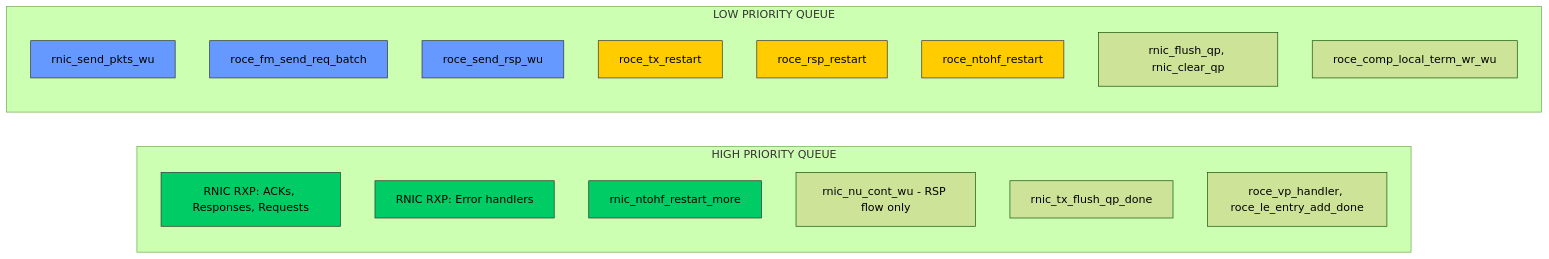
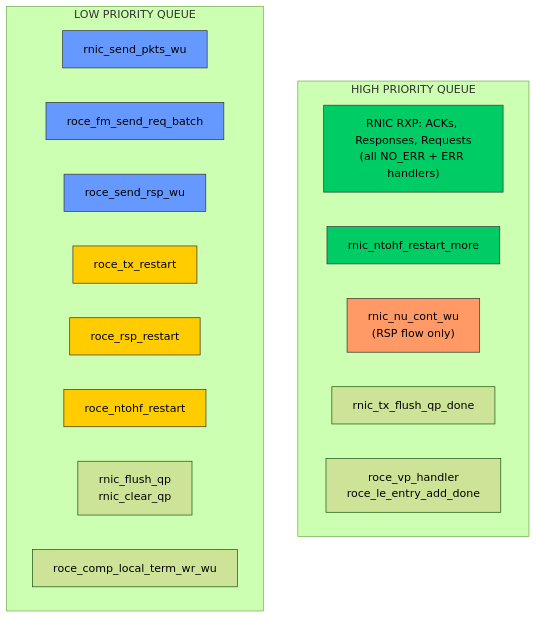
The third of 4 diagrams in investigations/3383627_rdma_vp_priority_pfc.md (sureshnedunchezhian/vault), drawn with Mermaid (forest theme) before and after one commit.

Commit message:
Fix mermaid diagrams to top-to-bottom layout

````diff
--- a/investigations/3383627_rdma_vp_priority_pfc.md
+++ b/investigations/3383627_rdma_vp_priority_pfc.md
@@ -93,34 +93,31 @@
 ```mermaid
-graph LR
-    subgraph "HIGH PRIORITY QUEUE"
-        direction TB
-        RX1[RNIC RXP: ACKs, Responses, Requests]
-        RX2[RNIC RXP: Error handlers]
+graph TD
+    subgraph HIGH["HIGH PRIORITY QUEUE"]
+        RX1["RNIC RXP: ACKs, Responses, Requests<br/>(all NO_ERR + ERR handlers)"]
         RX3[rnic_ntohf_restart_more]
-        TX_RSP[rnic_nu_cont_wu - RSP flow only]
+        TX_RSP["rnic_nu_cont_wu<br/>(RSP flow only)"]
         CTRL1[rnic_tx_flush_qp_done]
-        ADMIN[roce_vp_handler, roce_le_entry_add_done]
+        ADMIN["roce_vp_handler<br/>roce_le_entry_add_done"]
     end
 
-    subgraph "LOW PRIORITY QUEUE"
-        direction TB
+    subgraph LOW["LOW PRIORITY QUEUE"]
         TX1[rnic_send_pkts_wu]
         TX2[roce_fm_send_req_batch]
         TX3[roce_send_rsp_wu]
         EQM1[roce_tx_restart]
         EQM2[roce_rsp_restart]
         EQM3[roce_ntohf_restart]
-        CTRL2[rnic_flush_qp, rnic_clear_qp]
+        CTRL2["rnic_flush_qp<br/>rnic_clear_qp"]
         LOCAL[roce_comp_local_term_wr_wu]
     end
 
     style RX1 fill:#00cc66,stroke:#333,color:#000
-    style RX2 fill:#00cc66,stroke:#333,color:#000
     style RX3 fill:#00cc66,stroke:#333,color:#000
+    style TX_RSP fill:#ff9966,stroke:#333,color:#000
     style TX1 fill:#6699ff,stroke:#333,color:#000
     style TX2 fill:#6699ff,stroke:#333,color:#000
     style TX3 fill:#6699ff,stroke:#333,color:#000
     style EQM1 fill:#ffcc00,stroke:#333,color:#000
     style EQM2 fill:#ffcc00,stroke:#333,color:#000
     style EQM3 fill:#ffcc00,stroke:#333,color:#000
 ```
````
